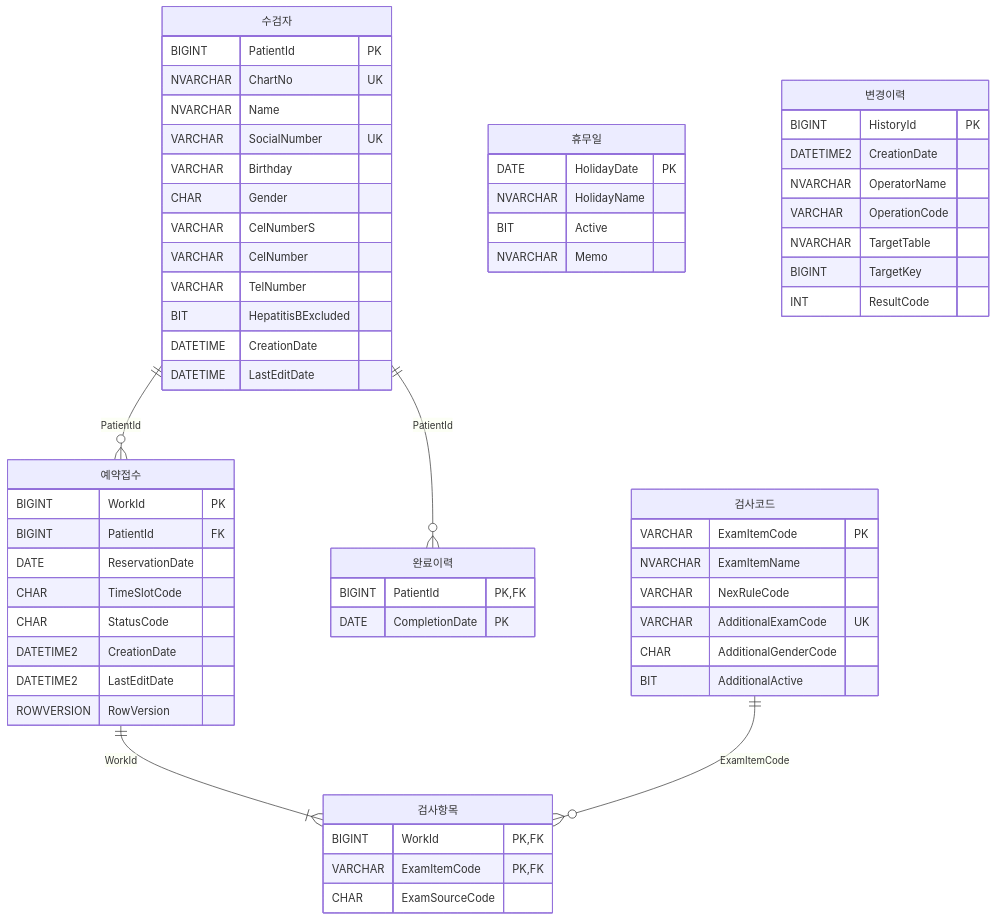
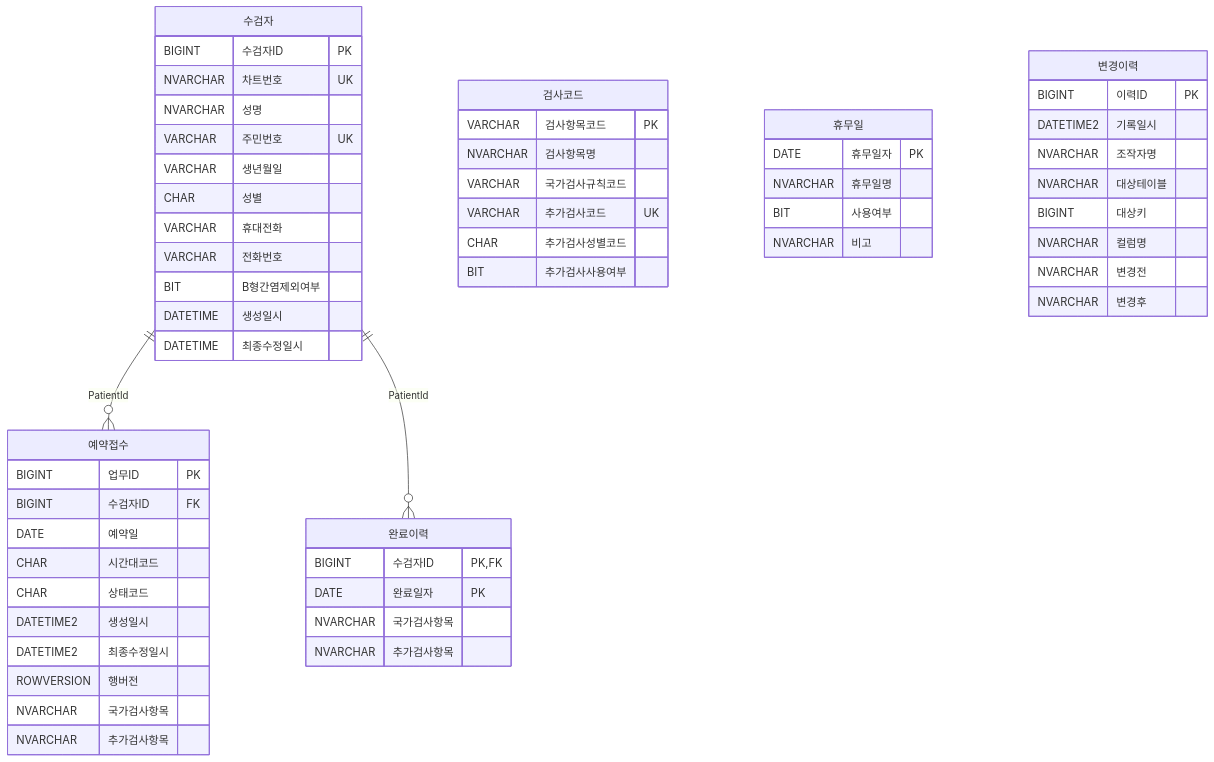
One commit to wotjr1649/HealthCheckupReservationReception changed the second of 2 diagrams in docs/baseline/04_DB_Design.md. Above: the diagram before and after it, drawn with Mermaid. The commit also changed other lines of this file and 14 other files, not shown here.

````diff
--- a/docs/baseline/04_DB_Design.md
+++ b/docs/baseline/04_DB_Design.md
@@ -1388,71 +1372,67 @@
 ```mermaid
 erDiagram
     수검자 ||--o{ 예약접수 : "PatientId"
     수검자 ||--o{ 완료이력 : "PatientId"
 
-    예약접수 ||--|{ 검사항목 : "WorkId"
-    검사코드 ||--o{ 검사항목 : "ExamItemCode"
 
     수검자 {
-        BIGINT PatientId PK
-        NVARCHAR ChartNo UK
-        NVARCHAR Name
-        VARCHAR SocialNumber UK
-        VARCHAR Birthday
-        CHAR Gender
-        VARCHAR CelNumberS
-        VARCHAR CelNumber
-        VARCHAR TelNumber
-        BIT HepatitisBExcluded
-        DATETIME CreationDate
-        DATETIME LastEditDate
+        BIGINT 수검자ID PK
+        NVARCHAR 차트번호 UK
+        NVARCHAR 성명
+        VARCHAR 주민번호 UK
+        VARCHAR 생년월일
+        CHAR 성별
+        VARCHAR 휴대전화
+        VARCHAR 전화번호
+        BIT B형간염제외여부
+        DATETIME 생성일시
+        DATETIME 최종수정일시
     }
 
     예약접수 {
-        BIGINT WorkId PK
-        BIGINT PatientId FK
-        DATE ReservationDate
-        CHAR TimeSlotCode
-        CHAR StatusCode
-        DATETIME2 CreationDate
-        DATETIME2 LastEditDate
-        ROWVERSION RowVersion
-    }
-
-    검사항목 {
-        BIGINT WorkId PK,FK
-        VARCHAR ExamItemCode PK,FK
-        CHAR ExamSourceCode
+        BIGINT 업무ID PK
+        BIGINT 수검자ID FK
+        DATE 예약일
+        CHAR 시간대코드
+        CHAR 상태코드
+        DATETIME2 생성일시
+        DATETIME2 최종수정일시
+        ROWVERSION 행버전
+        NVARCHAR 국가검사항목
+        NVARCHAR 추가검사항목
     }
 
     검사코드 {
-        VARCHAR ExamItemCode PK
-        NVARCHAR ExamItemName
-        VARCHAR NexRuleCode
-        VARCHAR AdditionalExamCode UK
-        CHAR AdditionalGenderCode
-        BIT AdditionalActive
+        VARCHAR 검사항목코드 PK
+        NVARCHAR 검사항목명
+        VARCHAR 국가검사규칙코드
+        VARCHAR 추가검사코드 UK
+        CHAR 추가검사성별코드
+        BIT 추가검사사용여부
     }
 
     휴무일 {
-        DATE HolidayDate PK
-        NVARCHAR HolidayName
-        BIT Active
-        NVARCHAR Memo
+        DATE 휴무일자 PK
+        NVARCHAR 휴무일명
+        BIT 사용여부
+        NVARCHAR 비고
     }
 
     완료이력 {
-        BIGINT PatientId PK,FK
-        DATE CompletionDate PK
+        BIGINT 수검자ID PK,FK
+        DATE 완료일자 PK
+        NVARCHAR 국가검사항목
+        NVARCHAR 추가검사항목
     }
 
     변경이력 {
-        BIGINT HistoryId PK
-        DATETIME2 CreationDate
-        NVARCHAR OperatorName
-        VARCHAR OperationCode
-        NVARCHAR TargetTable
-        BIGINT TargetKey
-        INT ResultCode
+        BIGINT 이력ID PK
+        DATETIME2 기록일시
+        NVARCHAR 조작자명
+        NVARCHAR 대상테이블
+        BIGINT 대상키
+        NVARCHAR 컬럼명
+        NVARCHAR 변경전
+        NVARCHAR 변경후
     }
 ```
````
